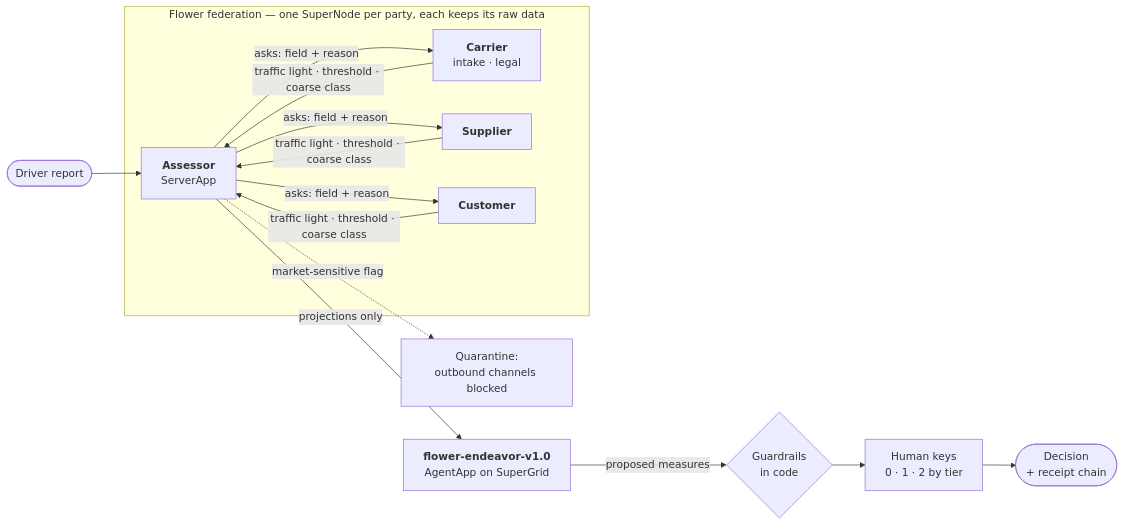
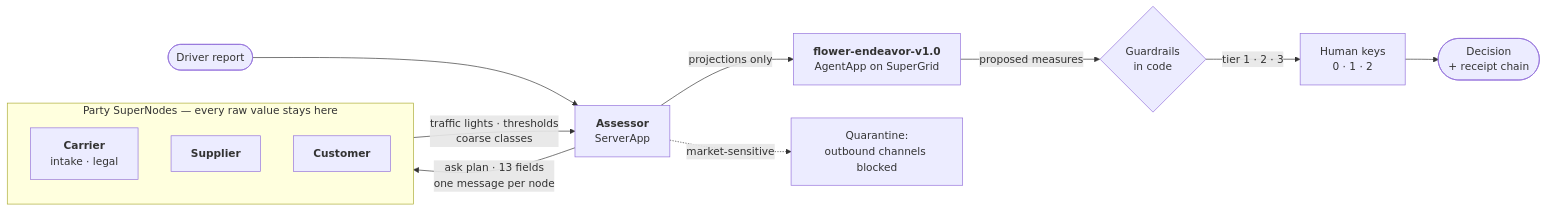
Before and after one commit to Backooo/Soteria: the diagram in README.md, drawn with Mermaid.

Commit message:
docs: simpler architecture diagram — parties as one box, labels once

````diff
--- a/README.md
+++ b/README.md
@@ -51,21 +51,20 @@
 ```mermaid
 flowchart LR
     R([Driver report]) --> A
 
-    subgraph FED["Flower federation — one SuperNode per party, each keeps its raw data"]
-        A["<b>Assessor</b><br/>ServerApp"]
+    A["<b>Assessor</b><br/>ServerApp"] -- "ask plan · 13 fields<br/>one message per node" --> P
+
+    subgraph P["Party SuperNodes — every raw value stays here"]
+        direction TB
         C["<b>Carrier</b><br/>intake · legal"]
         S["<b>Supplier</b>"]
         K["<b>Customer</b>"]
     end
 
-    A -- "asks: field + reason" --> C & S & K
-    C & S & K -- "traffic light · threshold · coarse class" --> A
-
+    P -- "traffic lights · thresholds<br/>coarse classes" --> A
     A -- "projections only" --> M["<b>flower-endeavor-v1.0</b><br/>AgentApp on SuperGrid"]
     M -- "proposed measures" --> G{"Guardrails<br/>in code"}
-    G --> H["Human keys<br/>0 · 1 · 2 by tier"]
-    H --> D(["Decision<br/>+ receipt chain"])
-
-    A -. "market-sensitive flag" .-> Q["Quarantine:<br/>outbound channels blocked"]
+    G -- "tier 1 · 2 · 3" --> H["Human keys<br/>0 · 1 · 2"]
+    H --> D([" Decision<br/>+ receipt chain "])
+    A -. "market-sensitive" .-> Q["Quarantine:<br/>outbound channels blocked"]
 ```
````
